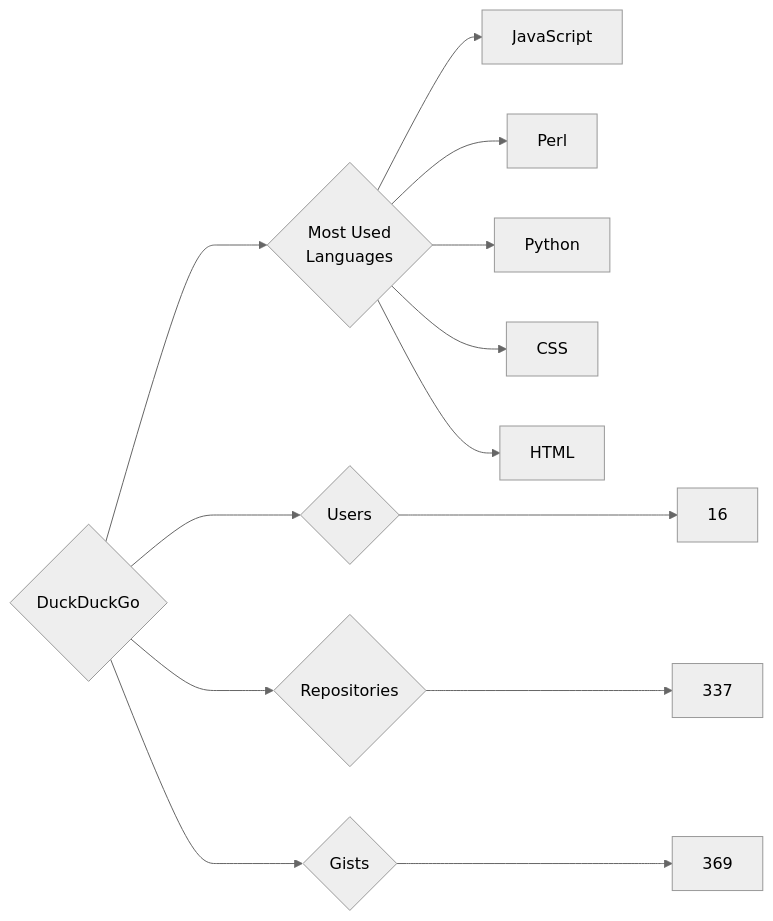
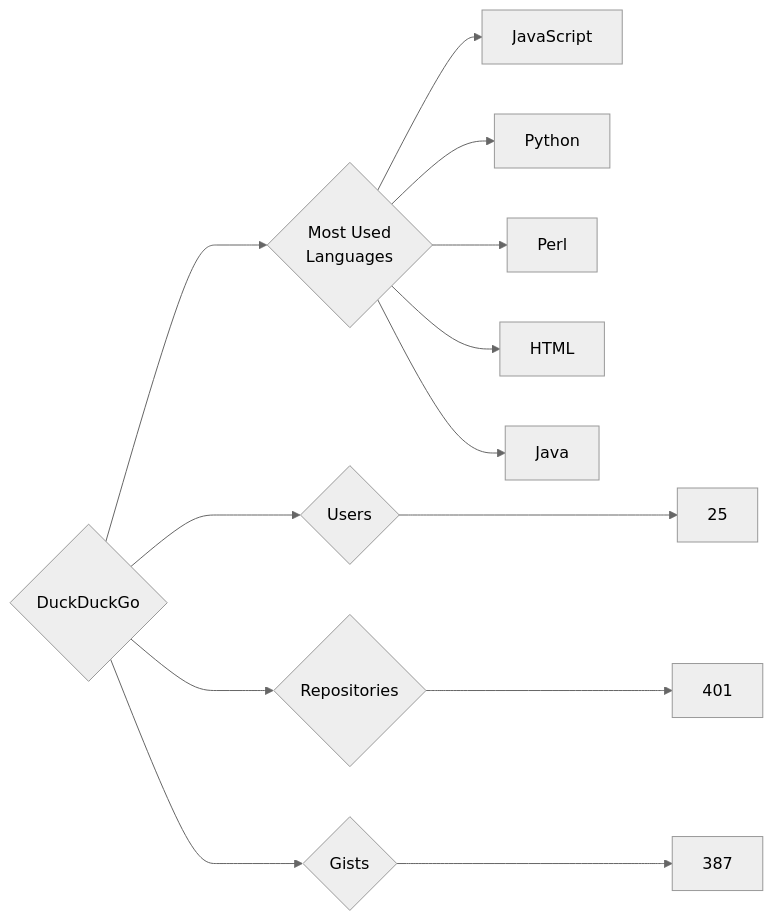
The diagram in targets/DuckDuckGo/README.md (trickest/insiders), drawn with Mermaid (neutral theme) before and after one commit. The commit also changed 814 other files, not shown here.

````diff
--- a/targets/DuckDuckGo/README.md
+++ b/targets/DuckDuckGo/README.md
@@ -3,13 +3,13 @@
 ```mermaid
 graph LR
 COMPANY_NAME{DuckDuckGo}
-COMPANY_NAME ---> U{Users} ---> UN[16]
-COMPANY_NAME ---> R{Repositories} ---> RN[337]
-COMPANY_NAME ---> G{Gists} ---> GN[369]
+COMPANY_NAME ---> U{Users} ---> UN[25]
+COMPANY_NAME ---> R{Repositories} ---> RN[401]
+COMPANY_NAME ---> G{Gists} ---> GN[387]
 COMPANY_NAME ---> ML{Most Used<br>Languages}
 ML --> JavaScript[JavaScript]
+ML --> Python[Python]
 ML --> Perl[Perl]
-ML --> Python[Python]
-ML --> CSS[CSS]
 ML --> HTML[HTML]
+ML --> Java[Java]
 ```
````
